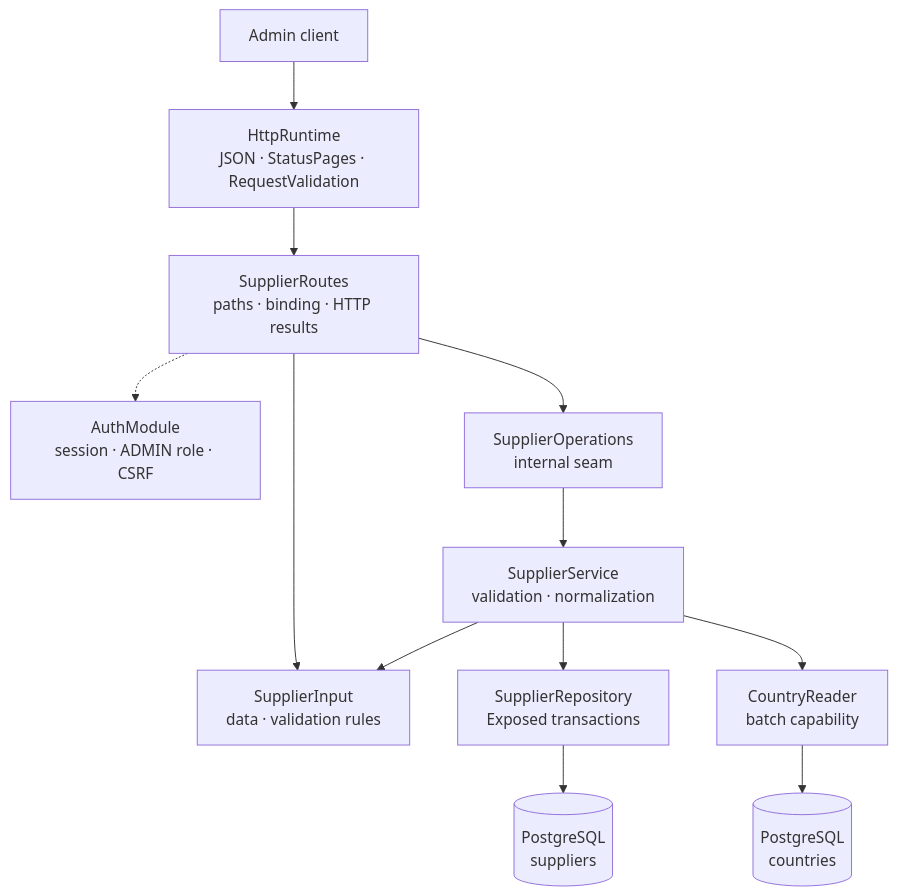
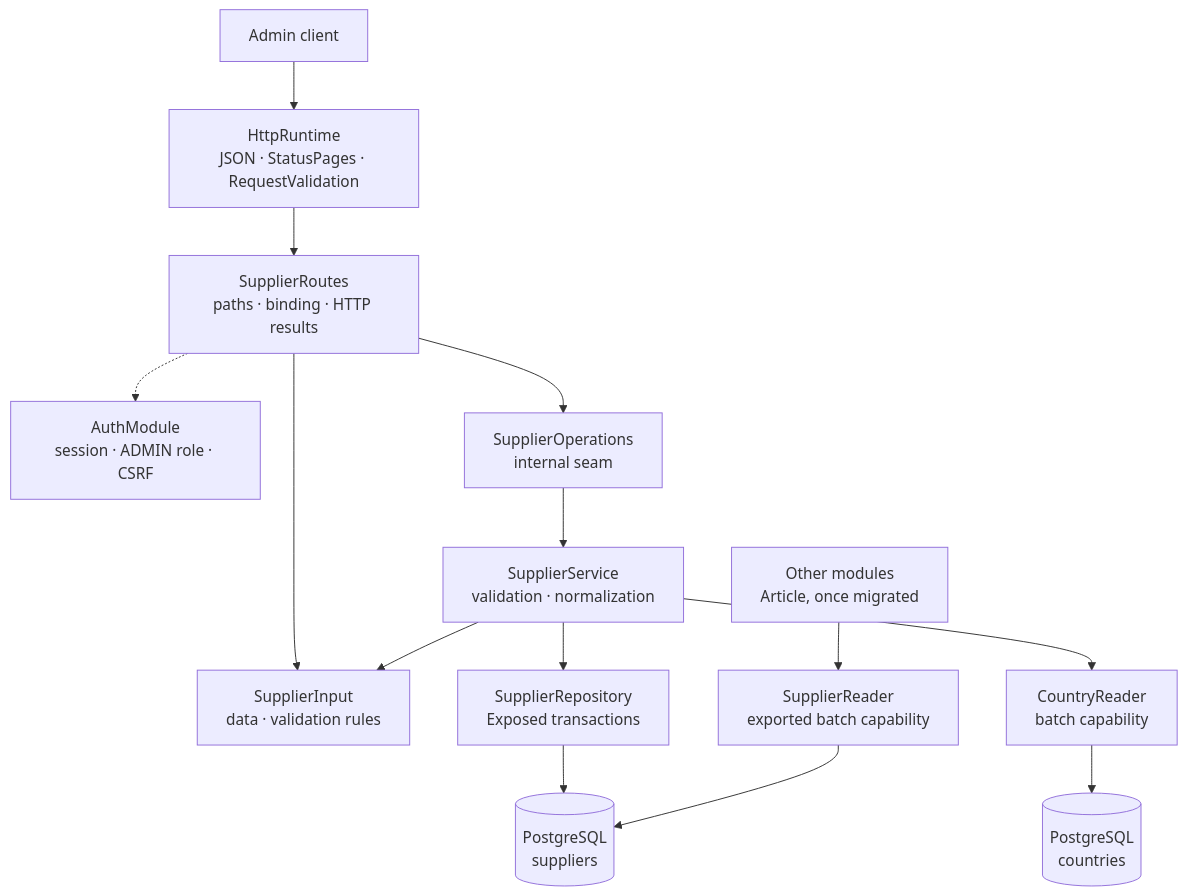
The diagram in docs/dev/backend/supplier-package.md (bitstorm-tech/voenix-shop-kotlin), drawn with Mermaid before and after one commit. The commit also changed other lines of this file and 6 other files, not shown here.

Commit message:
Article migration T2: supplier exports SupplierReader (#15)

````diff
--- a/docs/dev/backend/supplier-package.md
+++ b/docs/dev/backend/supplier-package.md
@@ -20,25 +25,29 @@
 ```mermaid
 flowchart TB
     Client["Admin client"]
     Http["HttpRuntime<br/>JSON · StatusPages · RequestValidation"]
     Auth["AuthModule<br/>session · ADMIN role · CSRF"]
     Routes["SupplierRoutes<br/>paths · binding · HTTP results"]
     Input["SupplierInput<br/>data · validation rules"]
     Operations["SupplierOperations<br/>internal seam"]
     Service["SupplierService<br/>validation · normalization"]
     Repository["SupplierRepository<br/>Exposed transactions"]
     CountryReader["CountryReader<br/>batch capability"]
+    SupplierReader["SupplierReader<br/>exported batch capability"]
+    Consumer["Other modules<br/>Article, once migrated"]
     Suppliers[("PostgreSQL<br/>suppliers")]
     Countries[("PostgreSQL<br/>countries")]
 
     Client --> Http --> Routes
     Routes -.-> Auth
     Routes --> Input
     Routes --> Operations
     Operations --> Service
     Service --> Input
     Service --> Repository
     Repository --> Suppliers
     Service --> CountryReader
     CountryReader --> Countries
+    Consumer --> SupplierReader
+    SupplierReader --> Suppliers
 ```
````
